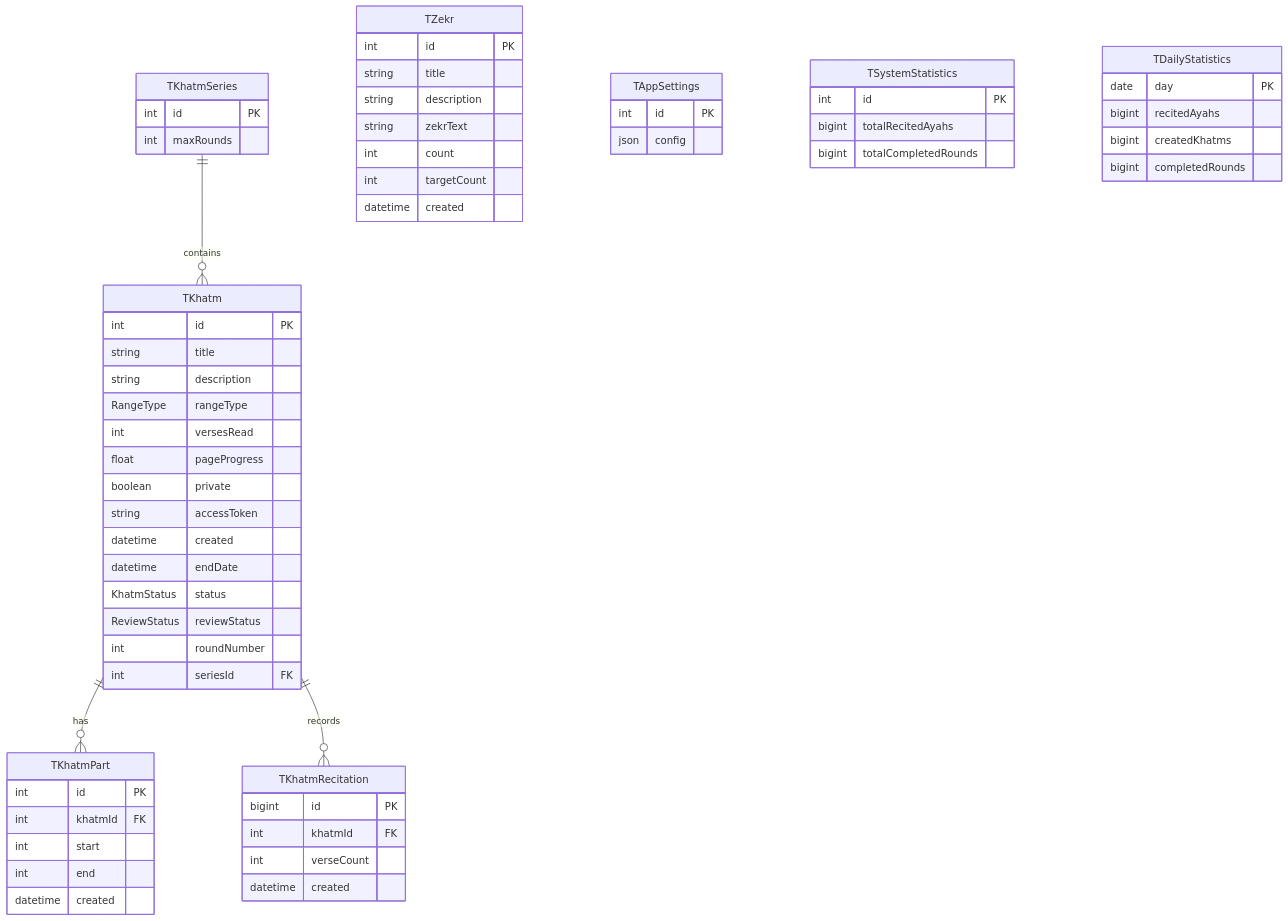
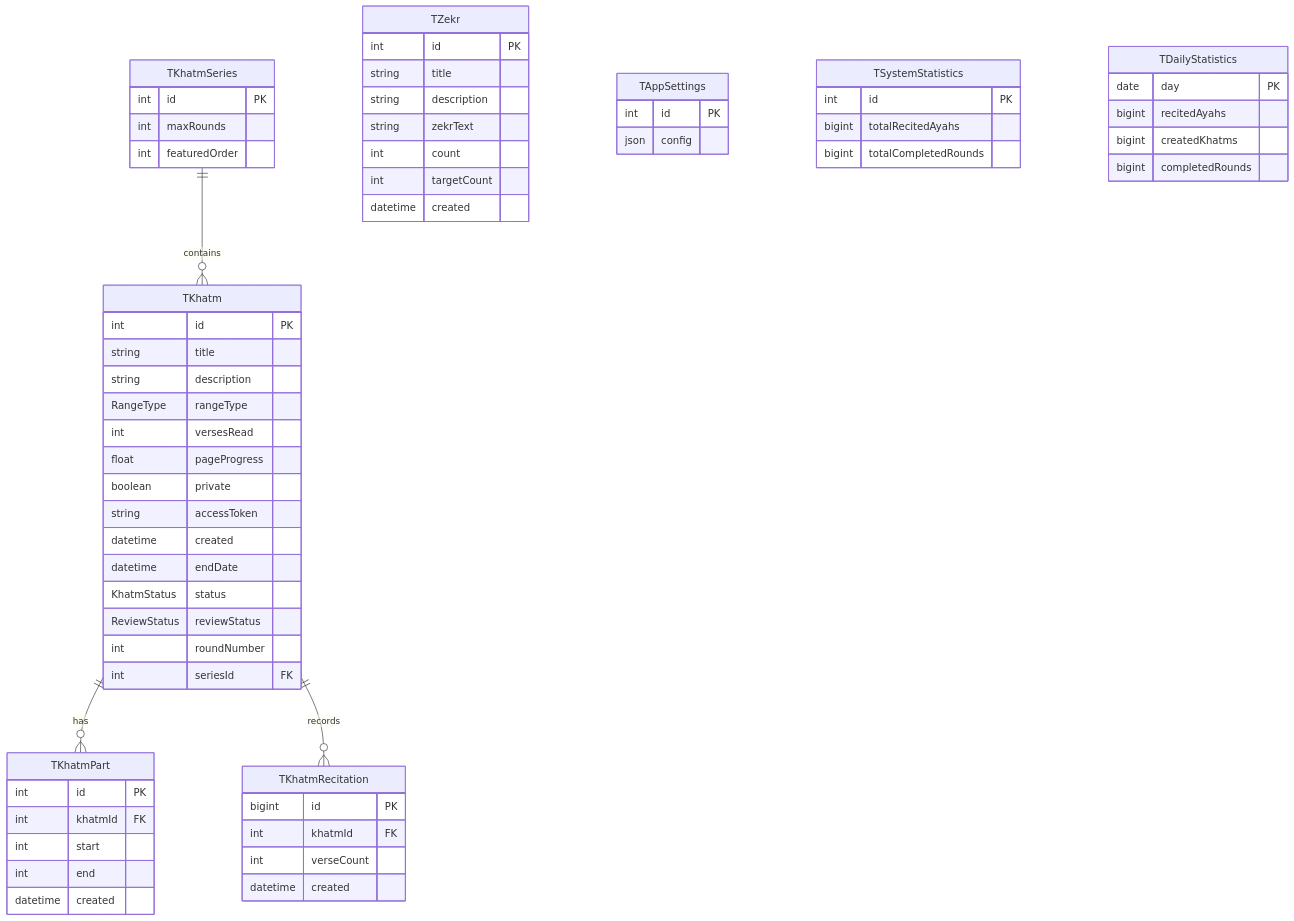
The fourth of 4 diagrams in ARCHITECTURE.md (sabereen/dorkhani), drawn with Mermaid before and after one commit. The commit also changed other lines of this file and 23 other files, not shown here.

````diff
--- a/ARCHITECTURE.md
+++ b/ARCHITECTURE.md
@@ -274,63 +275,64 @@
 ```mermaid
 erDiagram
     TKhatmSeries ||--o{ TKhatm : contains
     TKhatm ||--o{ TKhatmPart : has
     TKhatm ||--o{ TKhatmRecitation : records
     TKhatmSeries {
         int id PK
         int maxRounds
+        int featuredOrder
     }
     TKhatm {
         int id PK
         string title
         string description
         RangeType rangeType
         int versesRead
         float pageProgress
         boolean private
         string accessToken
         datetime created
         datetime endDate
         KhatmStatus status
         ReviewStatus reviewStatus
         int roundNumber
         int seriesId FK
     }
     TKhatmPart {
         int id PK
         int khatmId FK
         int start
         int end
         datetime created
     }
     TKhatmRecitation {
         bigint id PK
         int khatmId FK
         int verseCount
         datetime created
     }
     TZekr {
         int id PK
         string title
         string description
         string zekrText
         int count
         int targetCount
         datetime created
     }
     TAppSettings {
         int id PK
         json config
     }
     TSystemStatistics {
         int id PK
         bigint totalRecitedAyahs
         bigint totalCompletedRounds
     }
     TDailyStatistics {
         date day PK
         bigint recitedAyahs
         bigint createdKhatms
         bigint completedRounds
     }
 ```
````
